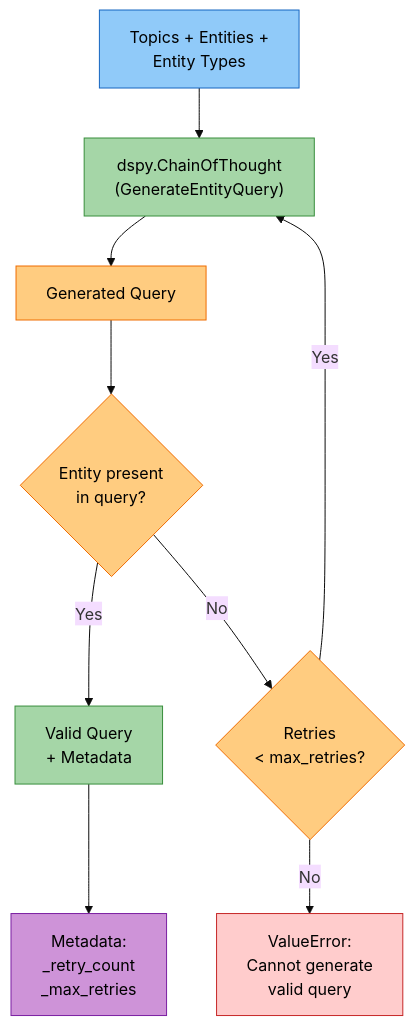
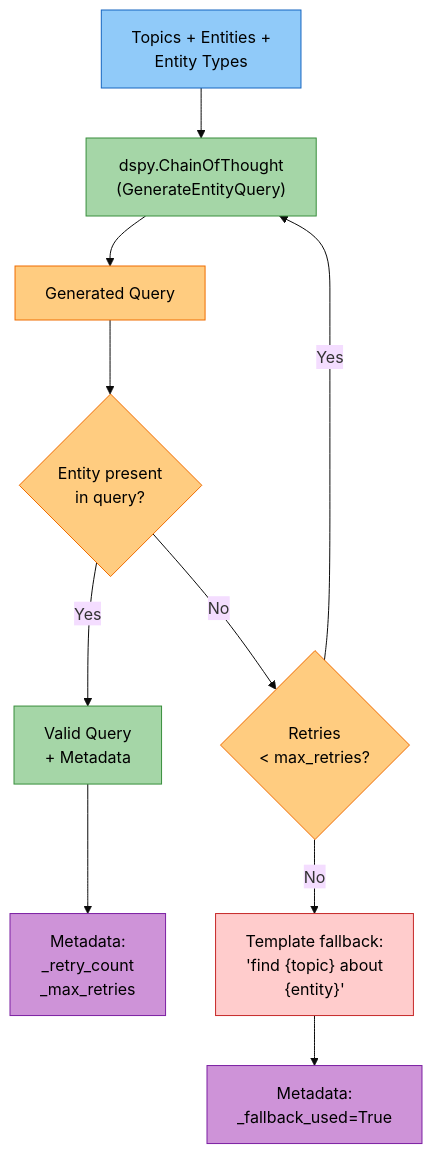
Before and after one commit to amit-jain/cogniverse: the second of 8 diagrams in docs/architecture/evaluation-optimization-loop.md, drawn with Mermaid (base theme). The commit also changed other lines of this file and 50 other files, not shown here.

First line of the commit message:
Complete and verify docs against code with mermaid palette

````diff
--- a/docs/architecture/evaluation-optimization-loop.md
+++ b/docs/architecture/evaluation-optimization-loop.md
@@ -246,21 +269,23 @@
 ```mermaid
 flowchart TD
     IN["<span style='color:#000'>Topics + Entities +<br/>Entity Types</span>"] --> COT["<span style='color:#000'>dspy.ChainOfThought<br/>(GenerateEntityQuery)</span>"]
     COT --> Q["<span style='color:#000'>Generated Query</span>"]
     Q --> VAL{"<span style='color:#000'>Entity present<br/>in query?</span>"}
     VAL -- "Yes" --> OUT["<span style='color:#000'>Valid Query<br/>+ Metadata</span>"]
     VAL -- "No" --> RC{"<span style='color:#000'>Retries<br/>< max_retries?</span>"}
     RC -- "Yes" --> COT
-    RC -- "No" --> ERR["<span style='color:#000'>ValueError:<br/>Cannot generate<br/>valid query</span>"]
+    RC -- "No" --> FB["<span style='color:#000'>Template fallback:<br/>'find {topic} about<br/>{entity}'</span>"]
 
     OUT --> META["<span style='color:#000'>Metadata:<br/>_retry_count<br/>_max_retries</span>"]
+    FB --> META2["<span style='color:#000'>Metadata:<br/>_fallback_used=True</span>"]
 
     style IN fill:#90caf9,stroke:#1565c0,color:#000
     style COT fill:#a5d6a7,stroke:#388e3c,color:#000
     style Q fill:#ffcc80,stroke:#ef6c00,color:#000
     style VAL fill:#ffcc80,stroke:#ef6c00,color:#000
     style OUT fill:#a5d6a7,stroke:#388e3c,color:#000
     style RC fill:#ffcc80,stroke:#ef6c00,color:#000
-    style ERR fill:#ffcccc,stroke:#c62828,color:#000
+    style FB fill:#ffcccc,stroke:#c62828,color:#000
     style META fill:#ce93d8,stroke:#7b1fa2,color:#000
+    style META2 fill:#ce93d8,stroke:#7b1fa2,color:#000
 ```
````
